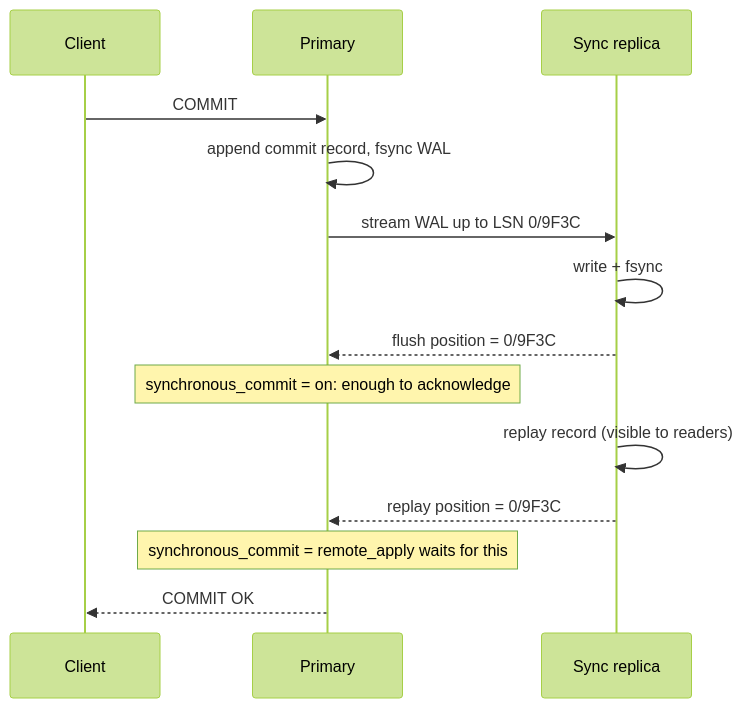
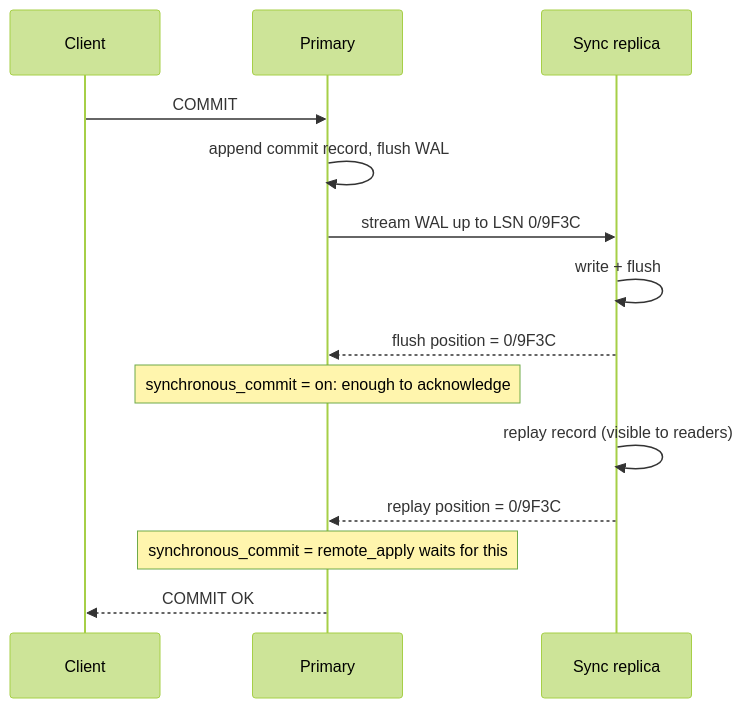
One commit to thull32/ascend changed the first of 2 diagrams in content/tracks/07-databases/02-storage-and-scale/02-replication.md. Above: the diagram before and after it, drawn with Mermaid (forest theme). The commit also changed other lines of this file and 23 other files, not shown here.

````diff
--- a/content/tracks/07-databases/02-storage-and-scale/02-replication.md
+++ b/content/tracks/07-databases/02-storage-and-scale/02-replication.md
@@ -71,16 +81,16 @@
 ```mermaid
 sequenceDiagram
     participant C as Client
     participant P as Primary
     participant R as Sync replica
     C->>P: COMMIT
-    P->>P: append commit record, fsync WAL
+    P->>P: append commit record, flush WAL
     P->>R: stream WAL up to LSN 0/9F3C
-    R->>R: write + fsync
+    R->>R: write + flush
     R-->>P: flush position = 0/9F3C
     Note over P: synchronous_commit = on: enough to acknowledge
     R->>R: replay record (visible to readers)
     R-->>P: replay position = 0/9F3C
     Note over P: synchronous_commit = remote_apply waits for this
     P-->>C: COMMIT OK
 ```
````
